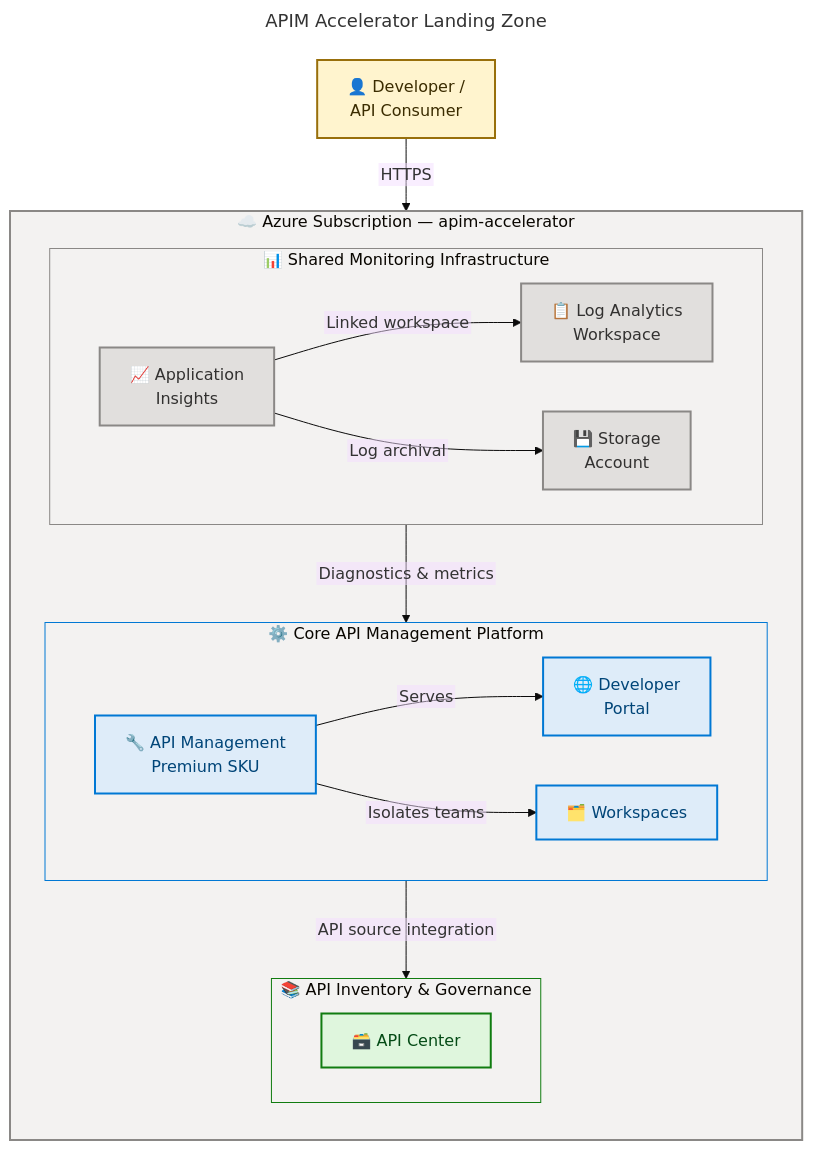
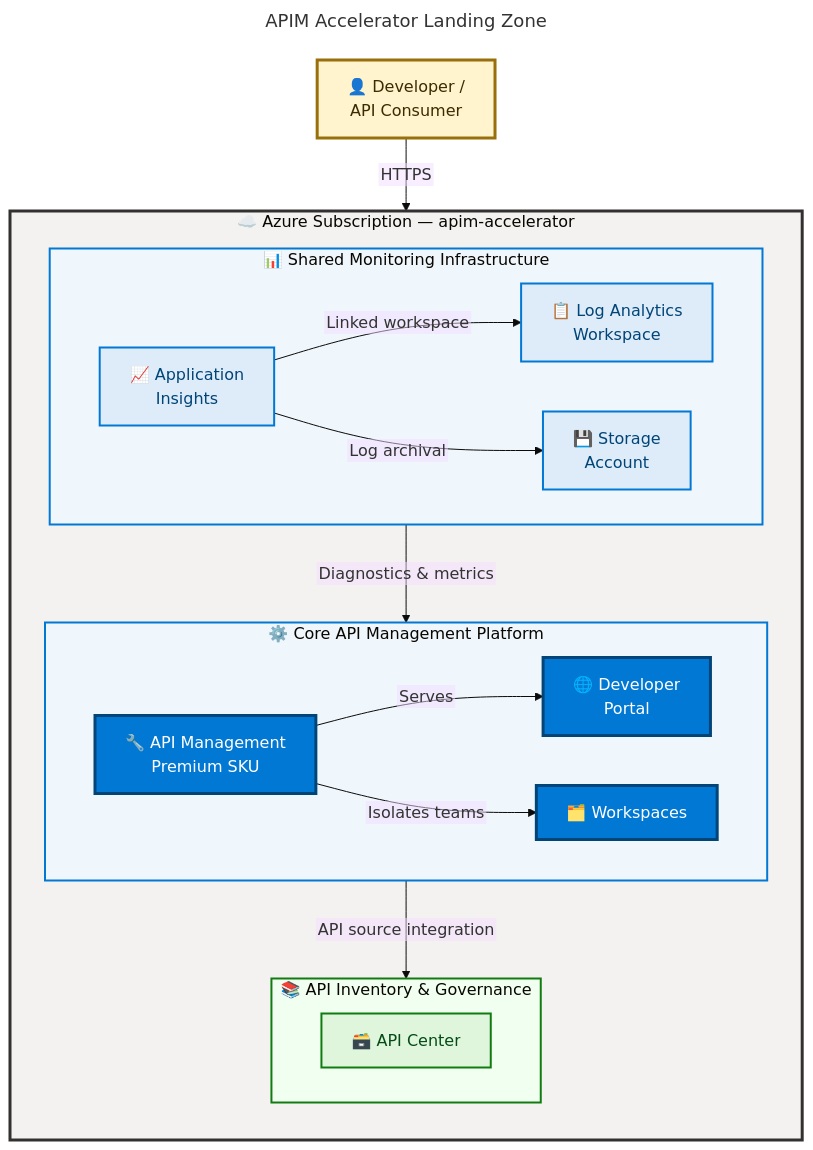
The diagram in README.md (Evilazaro/APIM-Accelerator), drawn with Mermaid before and after one commit.

Commit message:
Update flowchart styles in README.md for improved visual clarity and consistency

````diff
--- a/README.md
+++ b/README.md
@@ -59,73 +59,73 @@
 ```mermaid
 ---
 title: APIM Accelerator Landing Zone
 config:
   theme: base
   themeVariables:
     fontSize: '16px'
   flowchart:
     htmlLabels: false
 ---
 flowchart TB
     accTitle: APIM Accelerator Landing Zone
     accDescr: Azure API Management landing zone with shared monitoring infrastructure, core APIM platform including developer portal and workspaces, and API Center for centralized API governance
 
     %% ═══════════════════════════════════════════════════════════════════════════
     %% AZURE / FLUENT ARCHITECTURE PATTERN v1.1
     %% (Semantic + Structural + Font + Accessibility Governance)
     %% ═══════════════════════════════════════════════════════════════════════════
     %% PHASE 1 - STRUCTURAL: TB direction explicit, 2-level nesting, 3 functional subgraphs
     %% PHASE 2 - SEMANTIC: 4 colors (external/warning, monitoring/neutral, core/blue, inventory/success) ≤ 5
     %%   external: Developer consumer | monitoring: Observability support stack (neutral)
     %%   core: Primary Azure APIM platform (Azure blue) | inventory: API governance (green)
     %% PHASE 3 - FONT: Dark text on 100-level fills, contrast ≥ 4.5:1 (WCAG AA)
     %% PHASE 4 - ACCESSIBILITY: accTitle/accDescr present, semantic icons on all content nodes
     %% PHASE 5 - STANDARD: v1.1 format, classDefs centralized below subgraphs, 4 style directives
     %% ═══════════════════════════════════════════════════════════════════════════
 
     Dev["👤 Developer /\nAPI Consumer"]:::external
 
     subgraph azure["☁️ Azure Subscription — apim-accelerator"]
         direction TB
 
         subgraph shared["📊 Shared Monitoring Infrastructure"]
             direction LR
             LAW["📋 Log Analytics\nWorkspace"]:::monitoring
             AI["📈 Application\nInsights"]:::monitoring
             SA["💾 Storage\nAccount"]:::monitoring
             AI -->|"Linked workspace"| LAW
             AI -->|"Log archival"| SA
         end
 
         subgraph apimcore["⚙️ Core API Management Platform"]
             direction LR
             APIM["🔧 API Management\nPremium SKU"]:::core
             Portal["🌐 Developer\nPortal"]:::core
             WS["🗂️ Workspaces"]:::core
             APIM -->|"Serves"| Portal
             APIM -->|"Isolates teams"| WS
         end
 
         subgraph inv["📚 API Inventory & Governance"]
             direction LR
             APC["🗃️ API Center"]:::inventory
         end
 
         shared      -->|"Diagnostics & metrics"| apimcore
         apimcore    -->|"API source integration"| inv
     end
 
     Dev -->|"HTTPS"| APIM
 
     %% Centralized classDefs
-    classDef external   fill:#FFF4CE,stroke:#986F0B,stroke-width:2px,color:#3B2C00
-    classDef monitoring fill:#E1DFDD,stroke:#8A8886,stroke-width:2px,color:#323130
-    classDef core       fill:#DEECF9,stroke:#0078D4,stroke-width:2px,color:#004578
+    classDef external   fill:#FFF4CE,stroke:#986F0B,stroke-width:3px,color:#3B2C00
+    classDef monitoring fill:#DEECF9,stroke:#0078D4,stroke-width:2px,color:#004578
+    classDef core       fill:#0078D4,stroke:#004578,stroke-width:3px,color:#FFFFFF
     classDef inventory  fill:#DFF6DD,stroke:#107C10,stroke-width:2px,color:#054B16
 
     %% Subgraph style directives (4 subgraphs = 4 style directives)
-    style azure     fill:#F3F2F1,stroke:#8A8886,stroke-width:2px,color:#323130
-    style shared    fill:#F3F2F1,stroke:#8A8886,stroke-width:1px,color:#323130
-    style apimcore  fill:#F3F2F1,stroke:#0078D4,stroke-width:1px,color:#323130
-    style inv       fill:#F3F2F1,stroke:#107C10,stroke-width:1px,color:#323130
+    style azure     fill:#F3F2F1,stroke:#323130,stroke-width:3px,color:#323130
+    style shared    fill:#EFF6FC,stroke:#0078D4,stroke-width:2px,color:#004578
+    style apimcore  fill:#EFF6FC,stroke:#0078D4,stroke-width:2px,color:#004578
+    style inv       fill:#F1FFF1,stroke:#107C10,stroke-width:2px,color:#054B16
 ```
````
